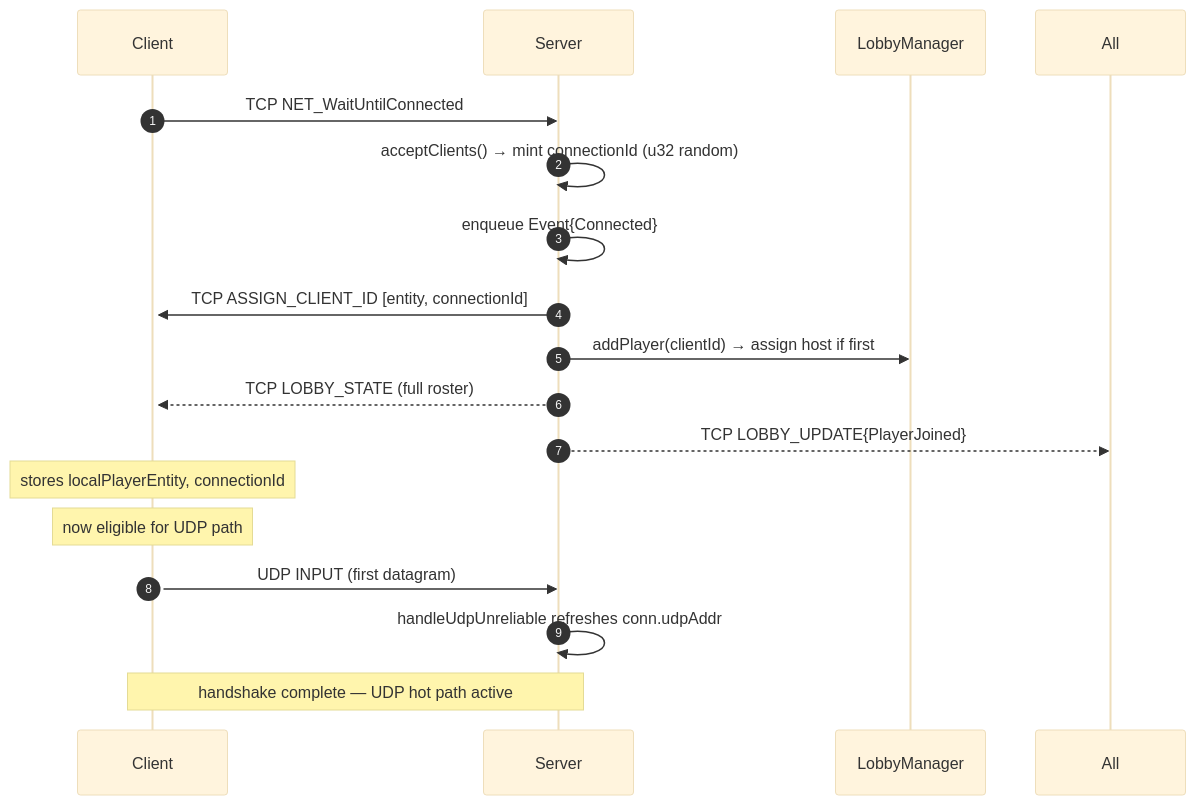
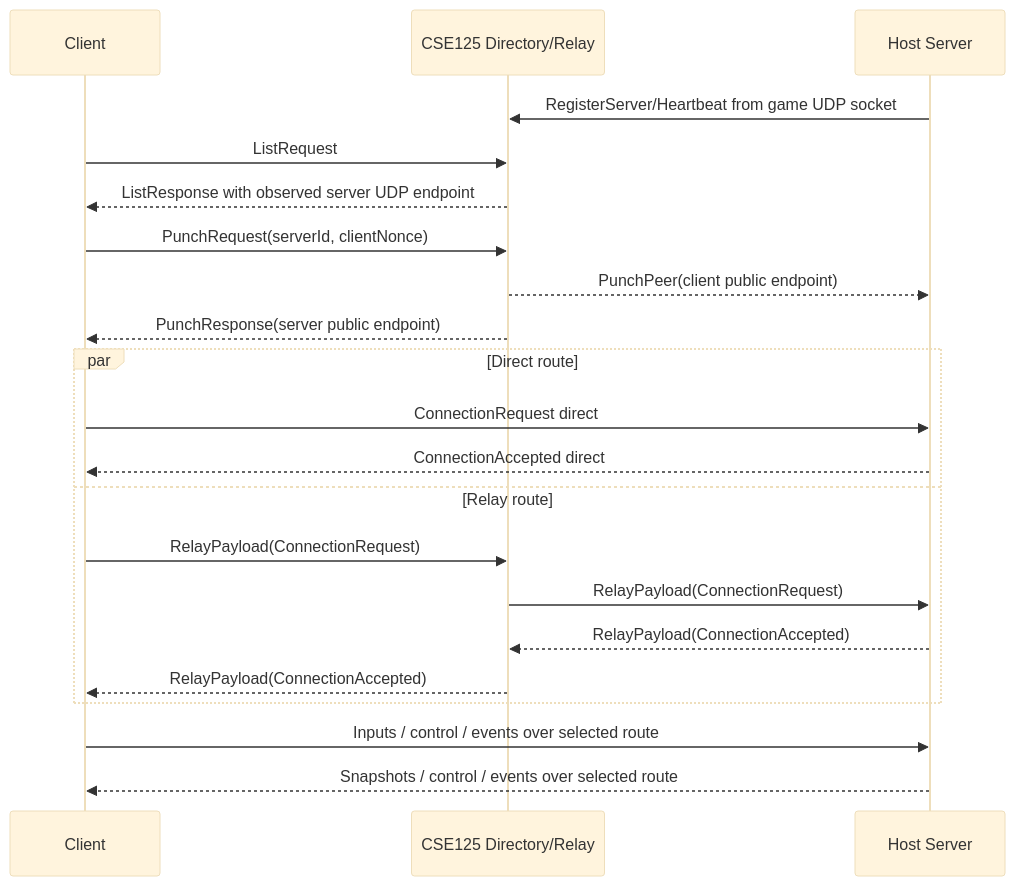
The second of 2 diagrams in docs/networking.md (ucsd-cse125-sp26/group2), drawn with Mermaid (base theme) before and after one commit. The commit also changed other lines of this file and 2 other files, not shown here.

Commit message:
Update UDP relay deployment path

````diff
--- a/docs/networking.md
+++ b/docs/networking.md
@@ -119,20 +118,24 @@
 ```mermaid
 sequenceDiagram
-  autonumber
   participant C as Client
-  participant S as Server
-  participant LM as LobbyManager
+  participant D as CSE125 Directory/Relay
+  participant S as Host Server
 
-  C->>S: TCP NET_WaitUntilConnected
-  S->>S: acceptClients() → mint connectionId (u32 random)
-  S->>S: enqueue Event{Connected}
-  S->>+C: TCP ASSIGN_CLIENT_ID [entity, connectionId]
-  S->>LM: addPlayer(clientId) → assign host if first
-  S-->>C: TCP LOBBY_STATE (full roster)
-  S-->>All: TCP LOBBY_UPDATE{PlayerJoined}
-  Note over C: stores localPlayerEntity, connectionId
-  Note over C: now eligible for UDP path
-  C->>S: UDP INPUT (first datagram)
-  S->>S: handleUdpUnreliable refreshes conn.udpAddr
-  Note over C,S: handshake complete — UDP hot path active
+  S->>D: RegisterServer/Heartbeat from game UDP socket
+  C->>D: ListRequest
+  D-->>C: ListResponse with observed server UDP endpoint
+  C->>D: PunchRequest(serverId, clientNonce)
+  D-->>S: PunchPeer(client public endpoint)
+  D-->>C: PunchResponse(server public endpoint)
+  par Direct route
+    C->>S: ConnectionRequest direct
+    S-->>C: ConnectionAccepted direct
+  and Relay route
+    C->>D: RelayPayload(ConnectionRequest)
+    D->>S: RelayPayload(ConnectionRequest)
+    S-->>D: RelayPayload(ConnectionAccepted)
+    D-->>C: RelayPayload(ConnectionAccepted)
+  end
+  C->>S: Inputs / control / events over selected route
+  S-->>C: Snapshots / control / events over selected route
 ```
````
